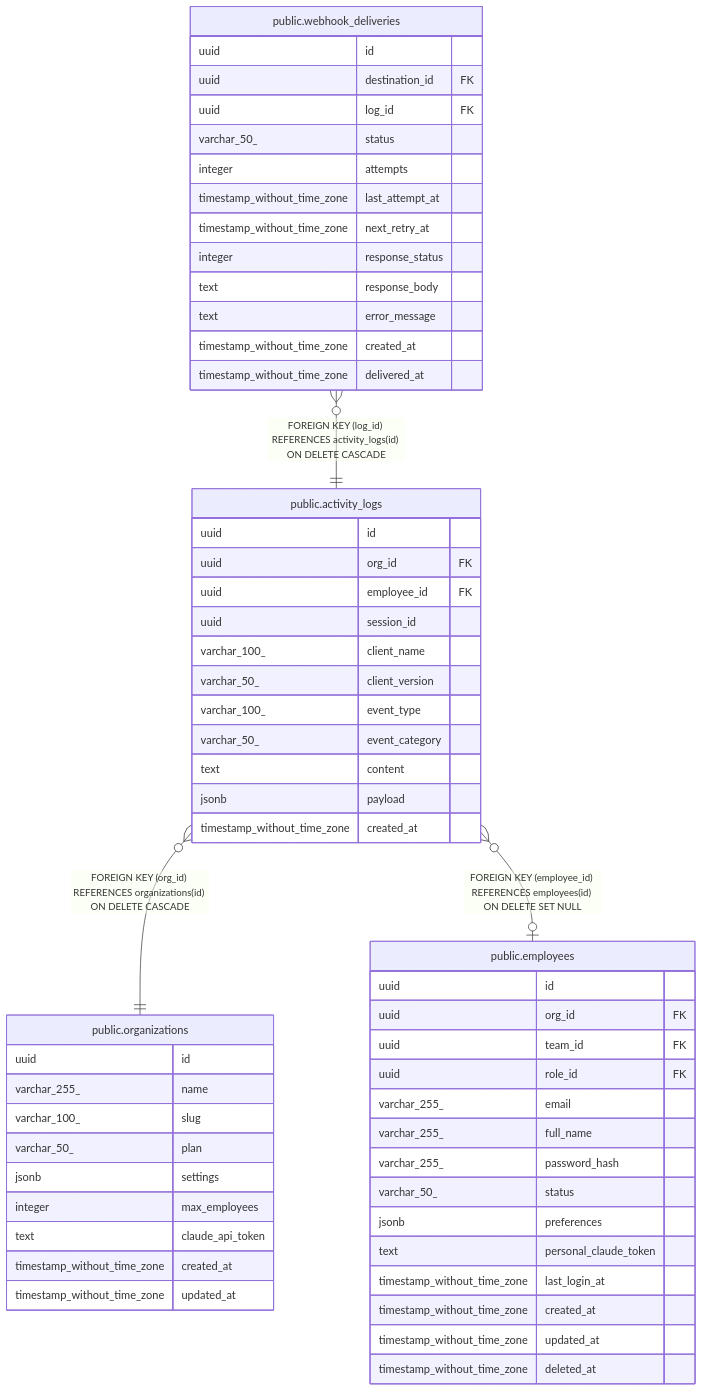
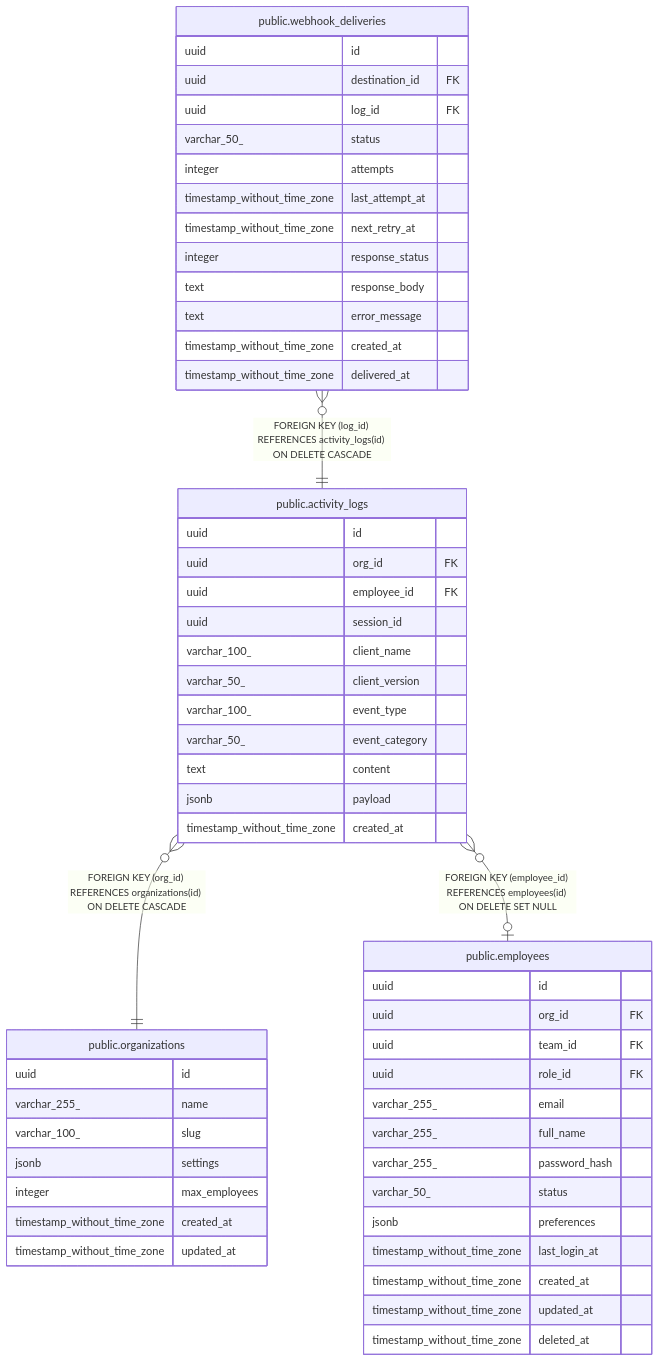
Before and after one commit to rastrigin-systems/arfa: the diagram in docs/database/public.activity_logs.md, drawn with Mermaid. The commit also changed 174 other files, not shown here.

````diff
--- a/docs/database/public.activity_logs.md
+++ b/docs/database/public.activity_logs.md
@@ -45,62 +45,59 @@
 ```mermaid
 erDiagram
 
 "public.webhook_deliveries" }o--|| "public.activity_logs" : "FOREIGN KEY (log_id) REFERENCES activity_logs(id) ON DELETE CASCADE"
 "public.activity_logs" }o--|| "public.organizations" : "FOREIGN KEY (org_id) REFERENCES organizations(id) ON DELETE CASCADE"
 "public.activity_logs" }o--o| "public.employees" : "FOREIGN KEY (employee_id) REFERENCES employees(id) ON DELETE SET NULL"
 
 "public.activity_logs" {
   uuid id
   uuid org_id FK
   uuid employee_id FK
   uuid session_id
   varchar_100_ client_name
   varchar_50_ client_version
   varchar_100_ event_type
   varchar_50_ event_category
   text content
   jsonb payload
   timestamp_without_time_zone created_at
 }
 "public.webhook_deliveries" {
   uuid id
   uuid destination_id FK
   uuid log_id FK
   varchar_50_ status
   integer attempts
   timestamp_without_time_zone last_attempt_at
   timestamp_without_time_zone next_retry_at
   integer response_status
   text response_body
   text error_message
   timestamp_without_time_zone created_at
   timestamp_without_time_zone delivered_at
 }
 "public.organizations" {
   uuid id
   varchar_255_ name
   varchar_100_ slug
-  varchar_50_ plan
   jsonb settings
   integer max_employees
-  text claude_api_token
   timestamp_without_time_zone created_at
   timestamp_without_time_zone updated_at
 }
 "public.employees" {
   uuid id
   uuid org_id FK
   uuid team_id FK
   uuid role_id FK
   varchar_255_ email
   varchar_255_ full_name
   varchar_255_ password_hash
   varchar_50_ status
   jsonb preferences
-  text personal_claude_token
   timestamp_without_time_zone last_login_at
   timestamp_without_time_zone created_at
   timestamp_without_time_zone updated_at
   timestamp_without_time_zone deleted_at
 }
 ```
````
